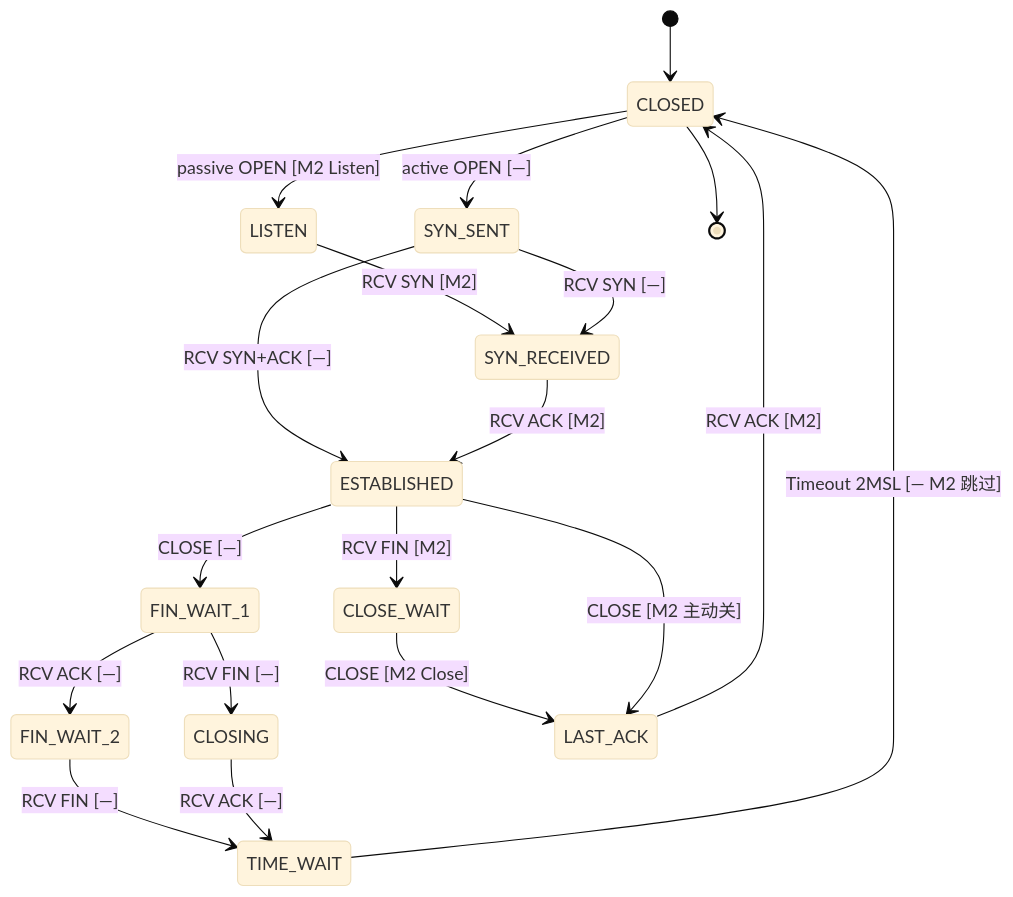
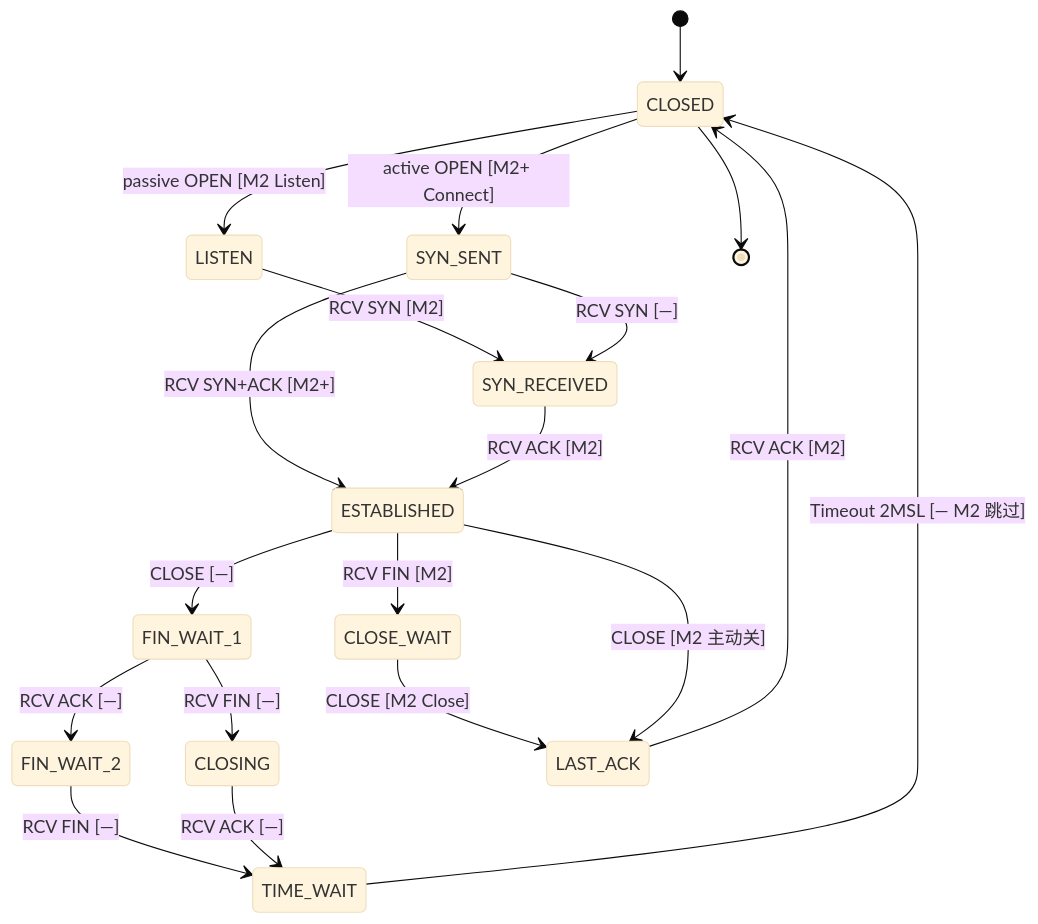
The diagram in network/netstack/docs/tcp-rfc793-states.md (virtualguard101/vglab), drawn with Mermaid (base theme) before and after one commit. The commit also changed other lines of this file and 19 other files, not shown here.

````diff
--- a/network/netstack/docs/tcp-rfc793-states.md
+++ b/network/netstack/docs/tcp-rfc793-states.md
@@ -14,31 +14,31 @@
 ```mermaid
 stateDiagram-v2
     direction TB
 
   [*] --> CLOSED
 
   CLOSED --> LISTEN: passive OPEN [M2 Listen]
-  CLOSED --> SYN_SENT: active OPEN [—]
+  CLOSED --> SYN_SENT: active OPEN [M2+ Connect]
 
   LISTEN --> SYN_RECEIVED: RCV SYN [M2]
   SYN_SENT --> SYN_RECEIVED: RCV SYN [—]
-  SYN_SENT --> ESTABLISHED: RCV SYN+ACK [—]
+  SYN_SENT --> ESTABLISHED: RCV SYN+ACK [M2+]
 
   SYN_RECEIVED --> ESTABLISHED: RCV ACK [M2]
 
   ESTABLISHED --> FIN_WAIT_1: CLOSE [—]
   ESTABLISHED --> CLOSE_WAIT: RCV FIN [M2]
 
   FIN_WAIT_1 --> FIN_WAIT_2: RCV ACK [—]
   FIN_WAIT_1 --> CLOSING: RCV FIN [—]
   FIN_WAIT_2 --> TIME_WAIT: RCV FIN [—]
   CLOSING --> TIME_WAIT: RCV ACK [—]
 
   CLOSE_WAIT --> LAST_ACK: CLOSE [M2 Close]
   ESTABLISHED --> LAST_ACK: CLOSE [M2 主动关]
 
   LAST_ACK --> CLOSED: RCV ACK [M2]
   TIME_WAIT --> CLOSED: Timeout 2MSL [— M2 跳过]
 
   CLOSED --> [*]
 ```
````
